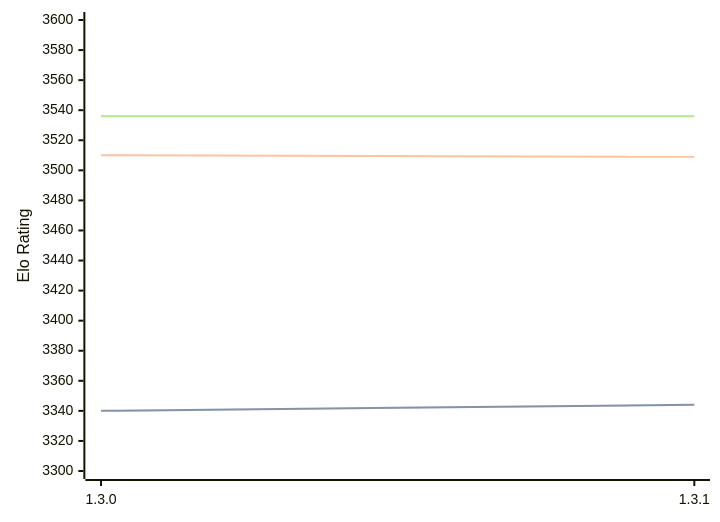
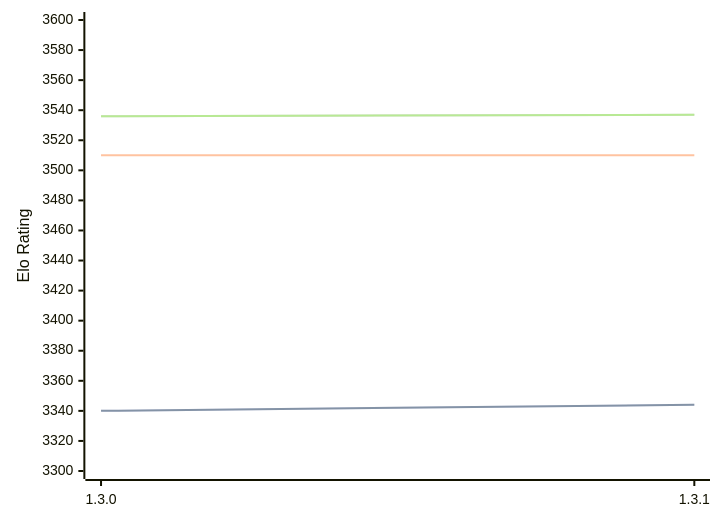
The diagram in engines/Renegade.md (computer-chess-index/cci), drawn with Mermaid before and after one commit. The commit also changed other lines of this file, not shown here.

Commit message:
Update CCI Ratings (ELO VLTC) - 2026-08-23

````diff
--- a/engines/Renegade.md
+++ b/engines/Renegade.md
@@ -33,11 +33,11 @@
 ```mermaid
 %%{init: {"theme":"base","themeVariables":{"seriesColors:['#a3a3a3','#222221','#faa371']}}}%%
 xychart-beta
   x-axis ["1.3.0", "1.3.1"]
   y-axis "Elo Rating" 3300 --> 3600
   line "STC (8.0+0.08s)" [3340, 3344]
   line "STC (8.0+0.08s)" [3340, 3344]
-  line "LTC (60.0+0.60s)" [3510, 3509]
-  line "VLTC (2m24s+1.12s)" [3536, 3536]
-  line "VLTC (2m24s+1.12s)" [3536, 3536]
+  line "LTC (60.0+0.60s)" [3510, 3510]
+  line "VLTC (2m24s+1.12s)" [3536, 3537]
+  line "VLTC (2m24s+1.12s)" [3536, 3537]
 ```
````
